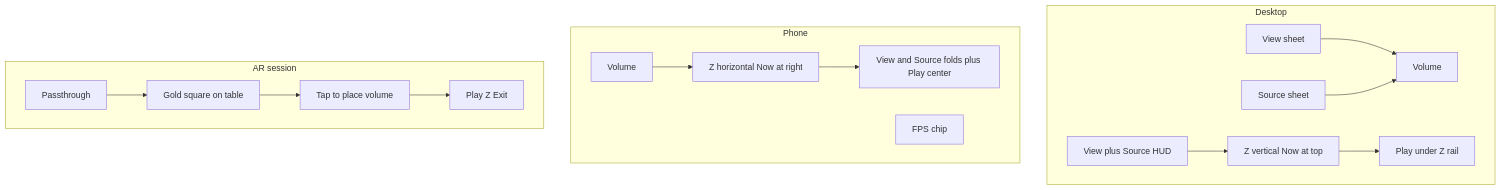
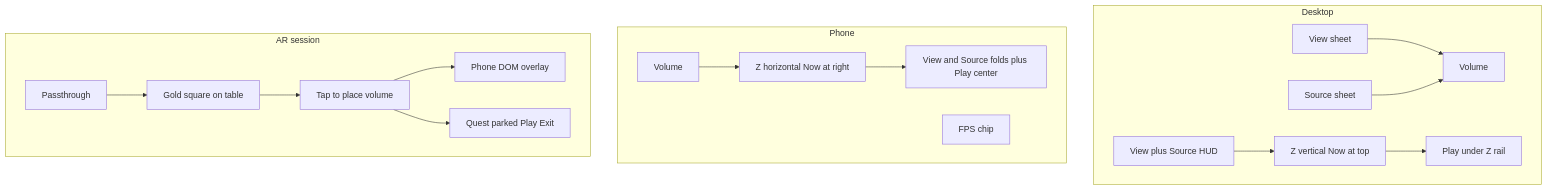
One commit to PiMaV/DONNER changed the fifth of 11 diagrams in docs/gui.md. Above: the diagram before and after it, drawn with Mermaid. The commit also changed other lines of this file and 33 other files, not shown here.

````diff
--- a/docs/gui.md
+++ b/docs/gui.md
@@ -104,32 +116,34 @@
 ```mermaid
 flowchart TB
   subgraph desktop [Desktop]
     viewD[View sheet]
     srcD[Source sheet]
     volD[Volume]
     hudD[View plus Source HUD]
     zD[Z vertical Now at top]
     playD[Play under Z rail]
     viewD --> volD
     srcD --> volD
     hudD --> zD
     zD --> playD
   end
   subgraph phone [Phone]
     volP[Volume]
     zP[Z horizontal Now at right]
     barP[View and Source folds plus Play center]
     chipP[FPS chip]
     volP --> zP
     zP --> barP
   end
   subgraph ar [AR session]
     pass[Passthrough]
     ret[Gold square on table]
     volA[Tap to place volume]
-    chrome[Play Z Exit]
+    phoneChrome[Phone DOM overlay]
+    questHud[Quest parked Play Exit]
     pass --> ret
     ret --> volA
-    volA --> chrome
+    volA --> phoneChrome
+    volA --> questHud
   end
 ```
````
